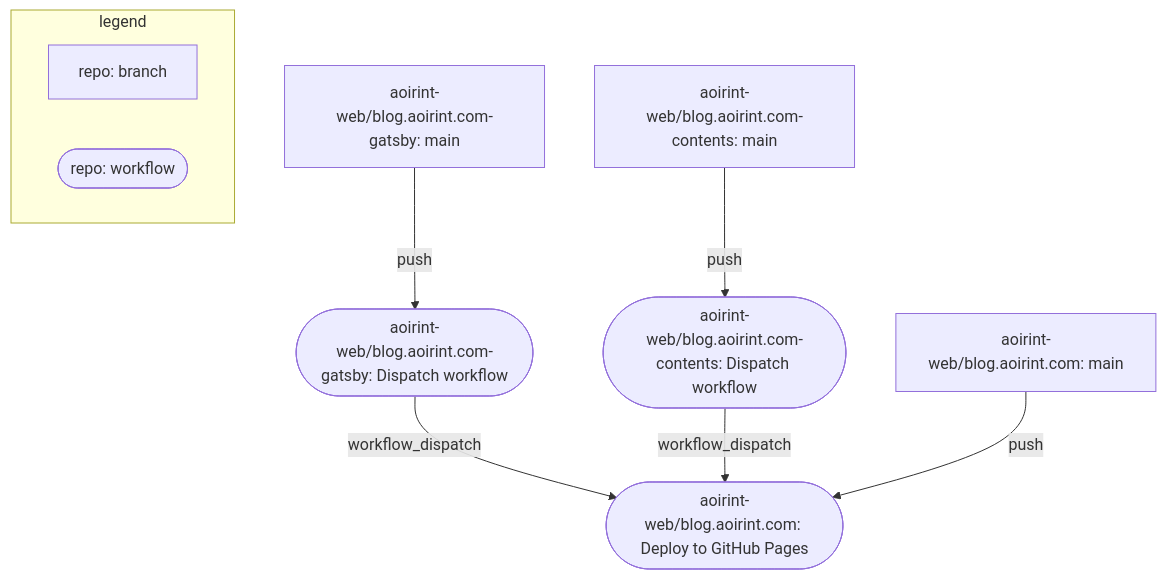
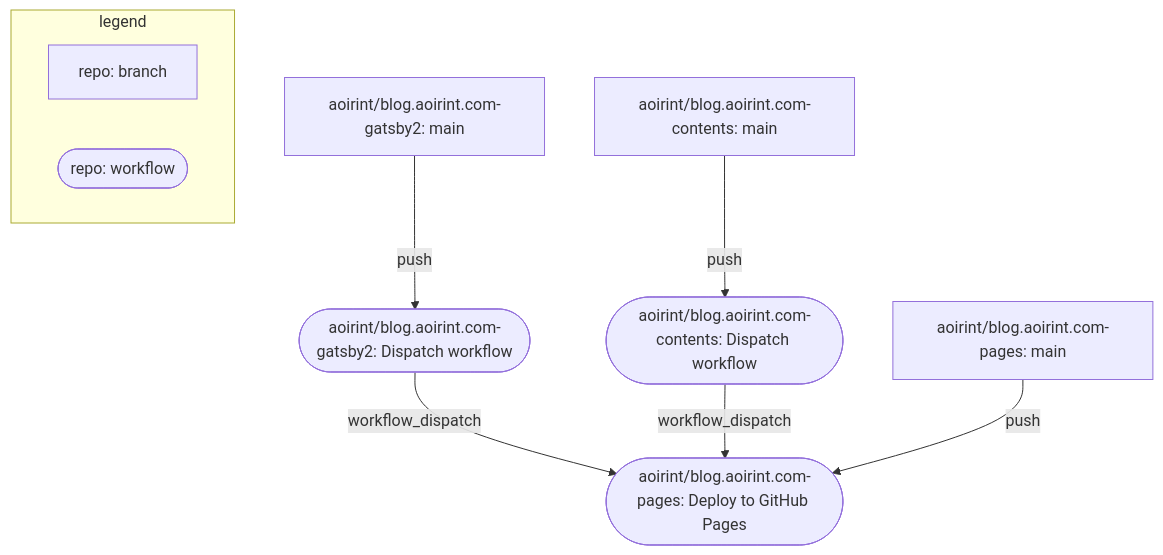
The diagram in README.md (aoirint/aoirint-blog-deploy), drawn with Mermaid before and after one commit.

````diff
--- a/README.md
+++ b/README.md
@@ -12,12 +12,12 @@
 ```mermaid
 flowchart TB
     subgraph legend
         branch[repo: branch]
         workflow([repo: workflow])
     end
-    gatsby[aoirint-web/blog.aoirint.com-gatsby: main]--push-->gatsby-dispatch
-    gatsby-dispatch([aoirint-web/blog.aoirint.com-gatsby: Dispatch workflow])--workflow_dispatch-->deploy([aoirint-web/blog.aoirint.com: Deploy to GitHub Pages])
-    contents[aoirint-web/blog.aoirint.com-contents: main]--push-->contents-dispatch
-    contents-dispatch([aoirint-web/blog.aoirint.com-contents: Dispatch workflow])--workflow_dispatch-->deploy
-    this[aoirint-web/blog.aoirint.com: main]--push-->deploy
+    gatsby[aoirint/blog.aoirint.com-gatsby2: main]--push-->gatsby-dispatch
+    gatsby-dispatch([aoirint/blog.aoirint.com-gatsby2: Dispatch workflow])--workflow_dispatch-->deploy([aoirint/blog.aoirint.com-pages: Deploy to GitHub Pages])
+    contents[aoirint/blog.aoirint.com-contents: main]--push-->contents-dispatch
+    contents-dispatch([aoirint/blog.aoirint.com-contents: Dispatch workflow])--workflow_dispatch-->deploy
+    this[aoirint/blog.aoirint.com-pages: main]--push-->deploy
 ```
````
